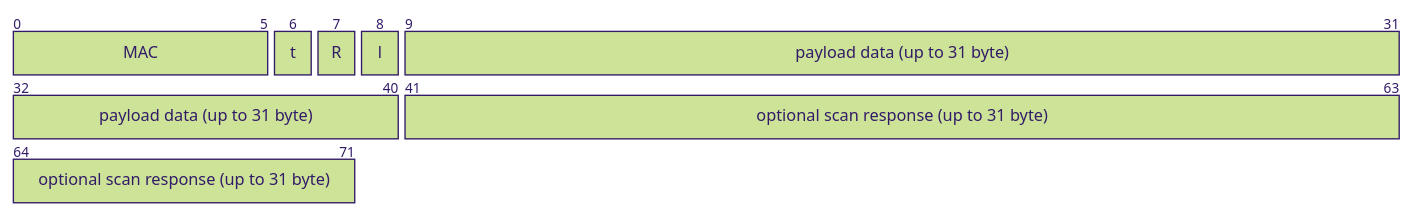
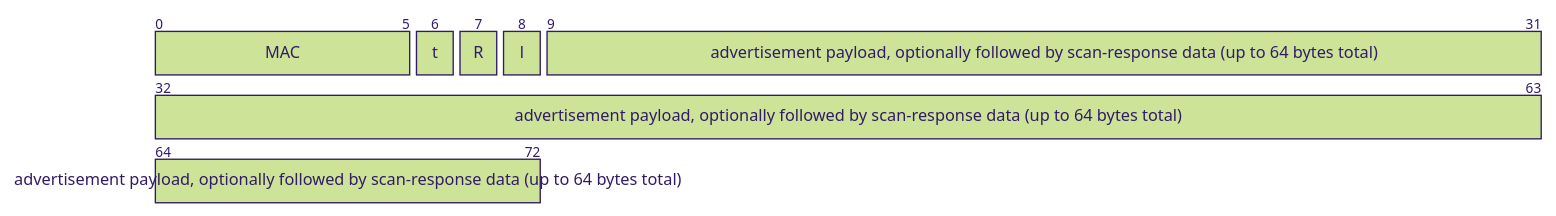
One commit to tasmota/docs changed the second of 3 diagrams in docs/Bluetooth_MI32.md. Above: the diagram before and after it, drawn with Mermaid (forest theme). The commit also changed other lines of this file, not shown here.

````diff
--- a/docs/Bluetooth_MI32.md
+++ b/docs/Bluetooth_MI32.md
@@ -583,9 +585,8 @@
 ```mermaid
 packet-beta
 0-5: "MAC"
 6: "t"
 7: "R"
 8: "l"
-9-40: "payload data (up to 31 byte)"
-41-71: "optional scan response (up to 31 byte)"
+9-72: "advertisement payload, optionally followed by scan-response data (up to 64 bytes total)"
 ```
````
